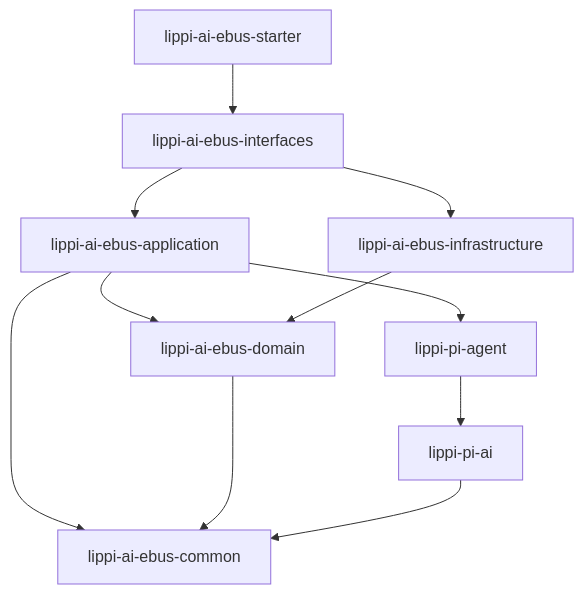
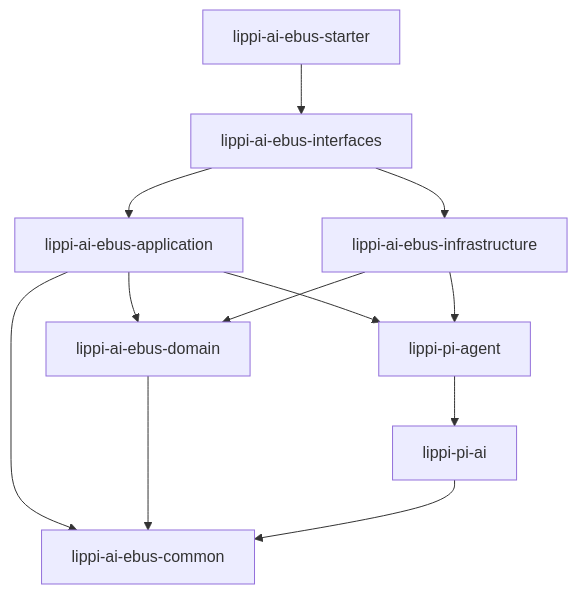
Before and after one commit to xiaoyanwjw/forma: the second of 3 diagrams in sdd/planning-artifacts/architecture/architecture-lippi-ai-ebusiness-2026-09-24/ARCHITECTURE-SPINE.md, drawn with Mermaid. The commit also changed other lines of this file and 21 other files, not shown here.

````diff
--- a/sdd/planning-artifacts/architecture/architecture-lippi-ai-ebusiness-2026-09-24/ARCHITECTURE-SPINE.md
+++ b/sdd/planning-artifacts/architecture/architecture-lippi-ai-ebusiness-2026-09-24/ARCHITECTURE-SPINE.md
@@ -138,13 +138,14 @@
 ```mermaid
 flowchart TB
   starter[lippi-ai-ebus-starter] --> interfaces[lippi-ai-ebus-interfaces]
   interfaces --> application[lippi-ai-ebus-application]
   application --> domain[lippi-ai-ebus-domain]
   application --> pi_agent[lippi-pi-agent]
   pi_agent --> pi_ai[lippi-pi-ai]
   infrastructure[lippi-ai-ebus-infrastructure] --> domain
+  infrastructure --> pi_agent
   interfaces --> infrastructure
   application --> common[lippi-ai-ebus-common]
   domain --> common
   pi_ai --> common
 ```
````
